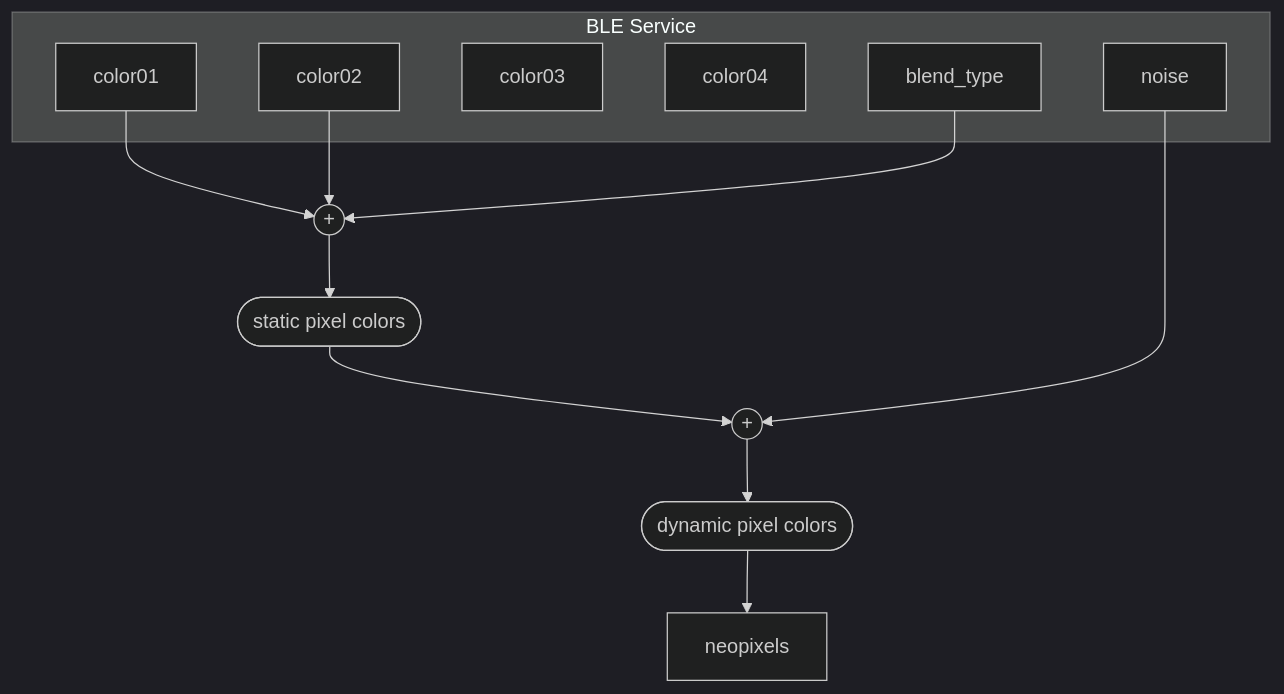
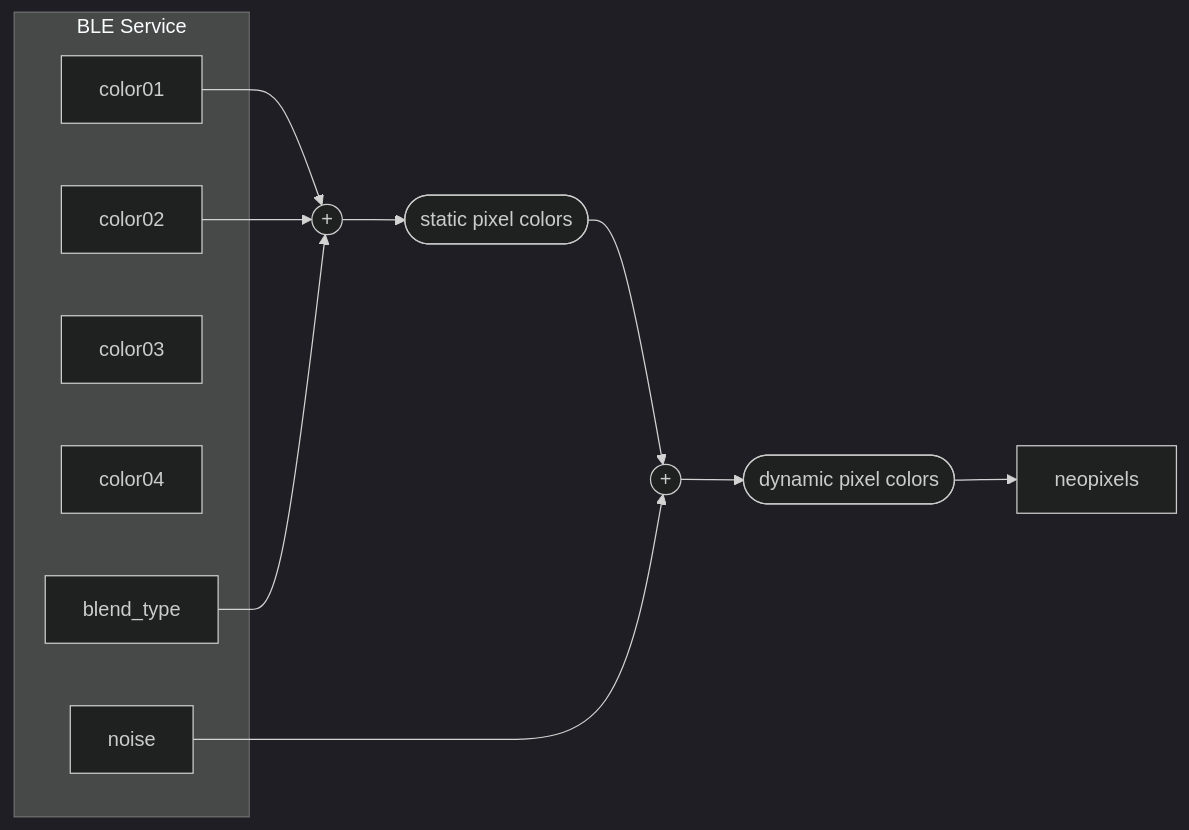
Before and after one commit to botamochi6277/Arduino-BLE-Neopixel-Controller: the diagram in README.md, drawn with Mermaid (dark theme). The commit also changed other lines of this file, not shown here.

````diff
--- a/README.md
+++ b/README.md
@@ -7,31 +7,30 @@
 ```mermaid
-graph TB
+graph LR
 
 subgraph BLE Service
   color01
   color02
   color03
   color04
 
   blend_type
   noise
 end
 
 blend1((+))
 
 color01-->blend1
 color02-->blend1
 blend_type-->blend1
 
 blend1-->c1([static pixel colors])
 
 blend2((+))
 
 c1-->blend2
 noise-->blend2
 
 blend2-->c2([dynamic pixel colors])
 c2-->neopixels
 
-
 ```
````
